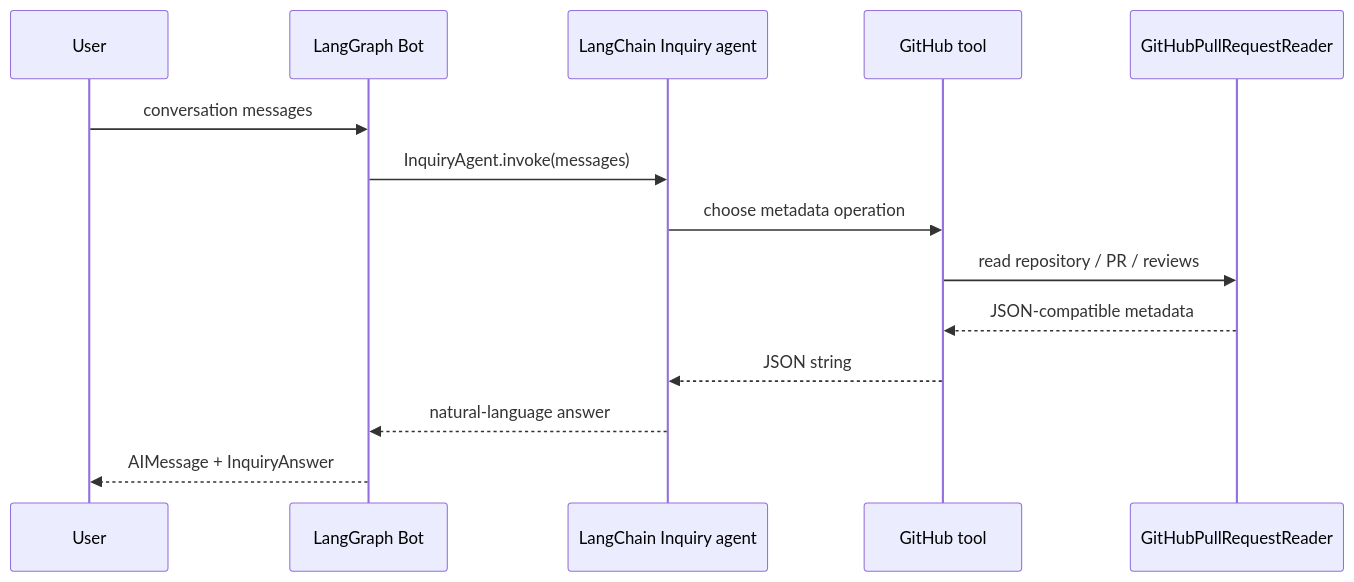
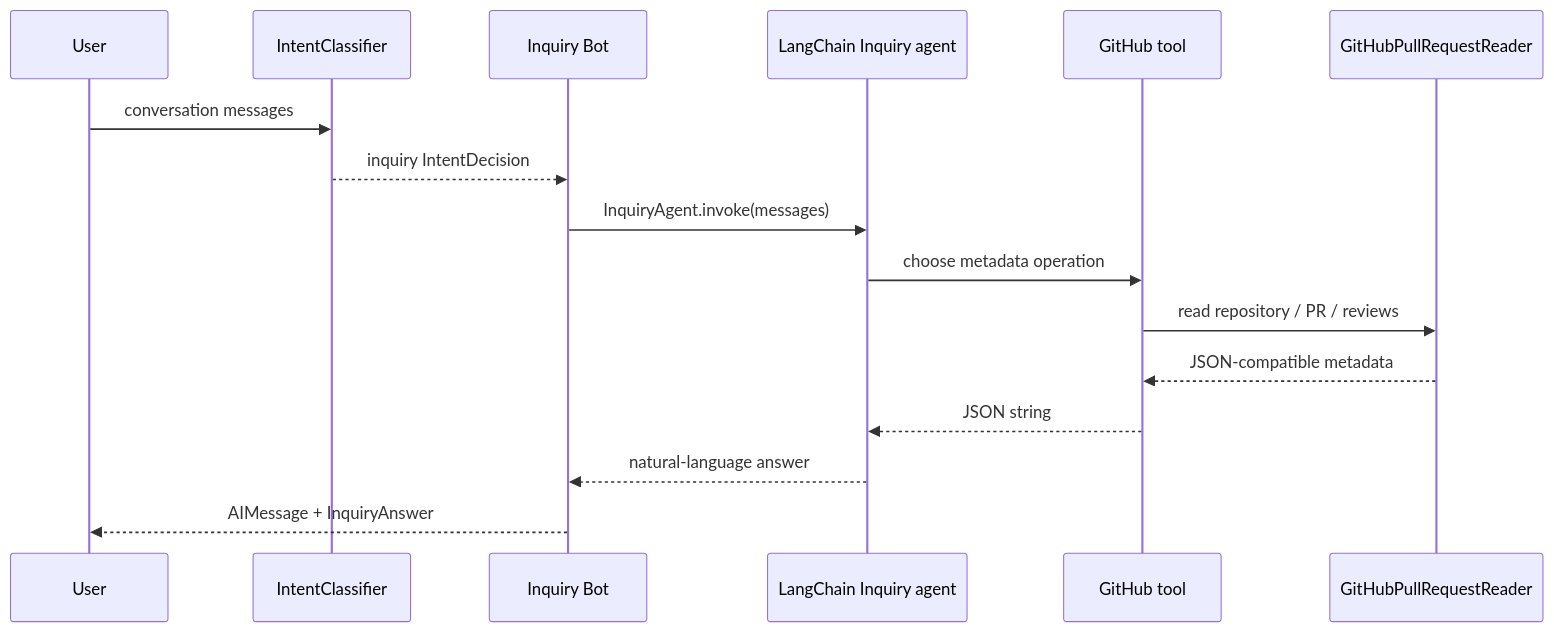
One commit to taipingeric/review_sheep changed the second of 2 diagrams in ARCHITECTURE.md. Above: the diagram before and after it, drawn with Mermaid. The commit also changed other lines of this file and 14 other files, not shown here.

First line of the commit message:
Refactor chatbot architecture to support intent classification for Inquiry and Review

````diff
--- a/ARCHITECTURE.md
+++ b/ARCHITECTURE.md
@@ -123,17 +140,19 @@
 ```mermaid
 sequenceDiagram
     participant User
-    participant Graph as LangGraph Bot
+    participant Router as IntentClassifier
+    participant Graph as Inquiry Bot
     participant Agent as LangChain Inquiry agent
     participant Tool as GitHub tool
     participant GitHub as GitHubPullRequestReader
 
-    User->>Graph: conversation messages
+    User->>Router: conversation messages
+    Router-->>Graph: inquiry IntentDecision
     Graph->>Agent: InquiryAgent.invoke(messages)
     Agent->>Tool: choose metadata operation
     Tool->>GitHub: read repository / PR / reviews
     GitHub-->>Tool: JSON-compatible metadata
     Tool-->>Agent: JSON string
     Agent-->>Graph: natural-language answer
     Graph-->>User: AIMessage + InquiryAnswer
 ```
````
